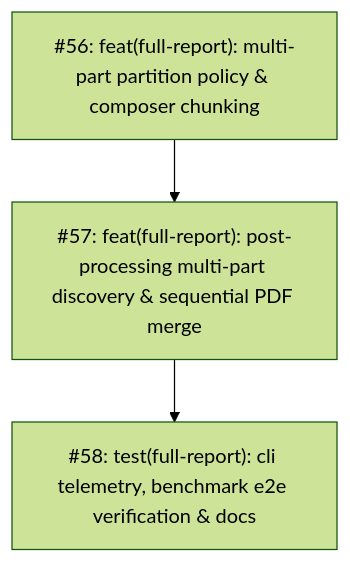
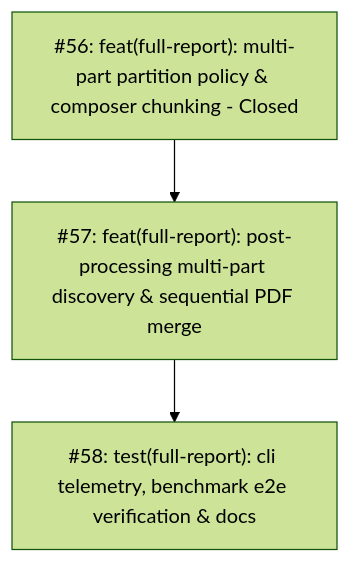
One commit to adamlarGit/pahang-cli changed the diagram in .wayfinder/vcb-multipart-full-report/map.md. Above: the diagram before and after it, drawn with Mermaid (forest theme). The commit also changed other lines of this file and 6 other files, not shown here.

Commit message:
feat(full-report): partition vcb plans & chunk compilation (#56)

````diff
--- a/.wayfinder/vcb-multipart-full-report/map.md
+++ b/.wayfinder/vcb-multipart-full-report/map.md
@@ -35,9 +35,9 @@
 ```mermaid
 graph TD
-    T56["#56: feat(full-report): multi-part partition policy & composer chunking"]
+    T56["#56: feat(full-report): multi-part partition policy & composer chunking - Closed"]
     T57["#57: feat(full-report): post-processing multi-part discovery & sequential PDF merge"]
     T58["#58: test(full-report): cli telemetry, benchmark e2e verification & docs"]
 
     T56 --> T57
     T57 --> T58
 ```
````
